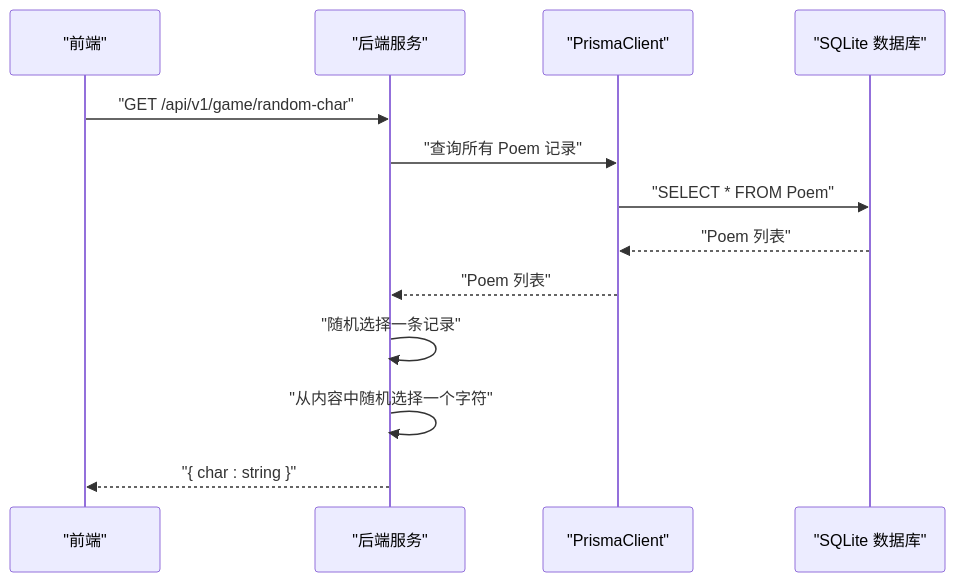
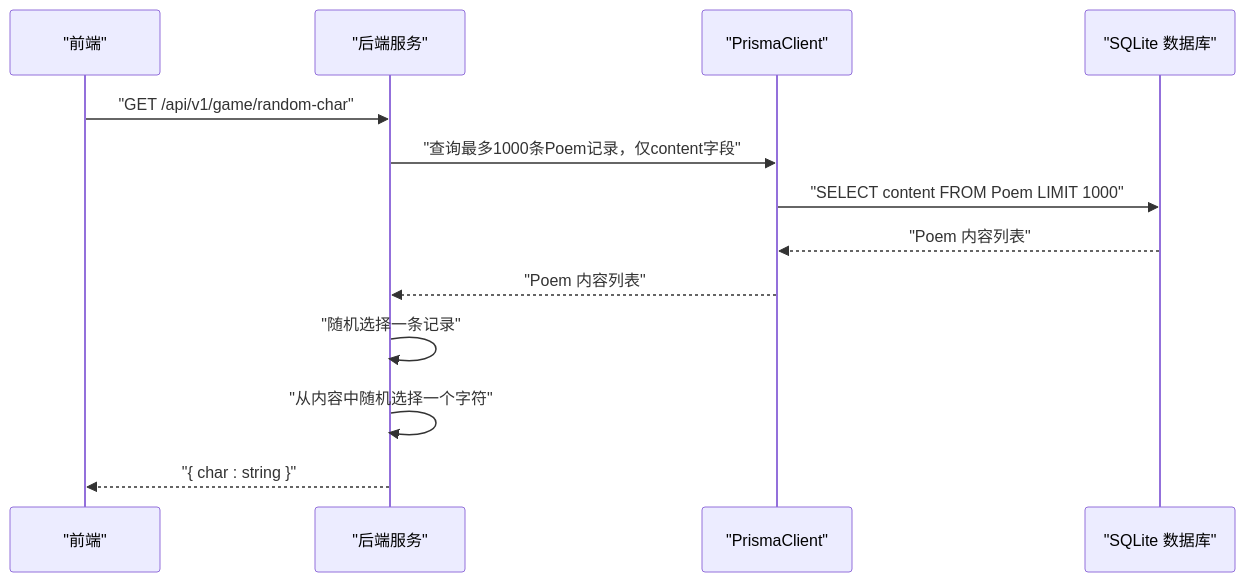
Before and after one commit to iazrael/feihua-ling: the second of 6 diagrams in .qoder/repowiki/zh/content/API接口文档/获取随机令字接口.md, drawn with Mermaid. The commit also changed other lines of this file and 10 other files, not shown here.

````diff
--- a/.qoder/repowiki/zh/content/API接口文档/获取随机令字接口.md
+++ b/.qoder/repowiki/zh/content/API接口文档/获取随机令字接口.md
@@ -66,15 +79,15 @@
 ```mermaid
 sequenceDiagram
 participant FE as "前端"
 participant API as "后端服务"
 participant PRISMA as "PrismaClient"
 participant DB as "SQLite 数据库"
 FE->>API : "GET /api/v1/game/random-char"
-API->>PRISMA : "查询所有 Poem 记录"
-PRISMA->>DB : "SELECT * FROM Poem"
-DB-->>PRISMA : "Poem 列表"
-PRISMA-->>API : "Poem 列表"
+API->>PRISMA : "查询最多1000条Poem记录，仅content字段"
+PRISMA->>DB : "SELECT content FROM Poem LIMIT 1000"
+DB-->>PRISMA : "Poem 内容列表"
+PRISMA-->>API : "Poem 内容列表"
 API->>API : "随机选择一条记录"
 API->>API : "从内容中随机选择一个字符"
 API-->>FE : "{ char : string }"
 ```
````
